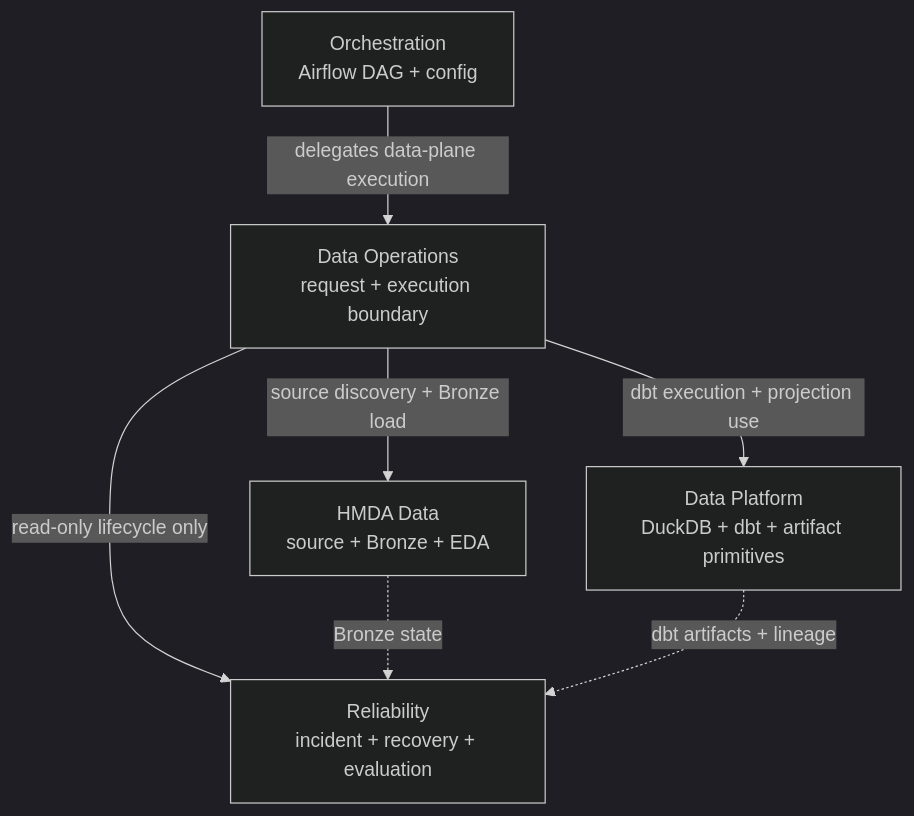
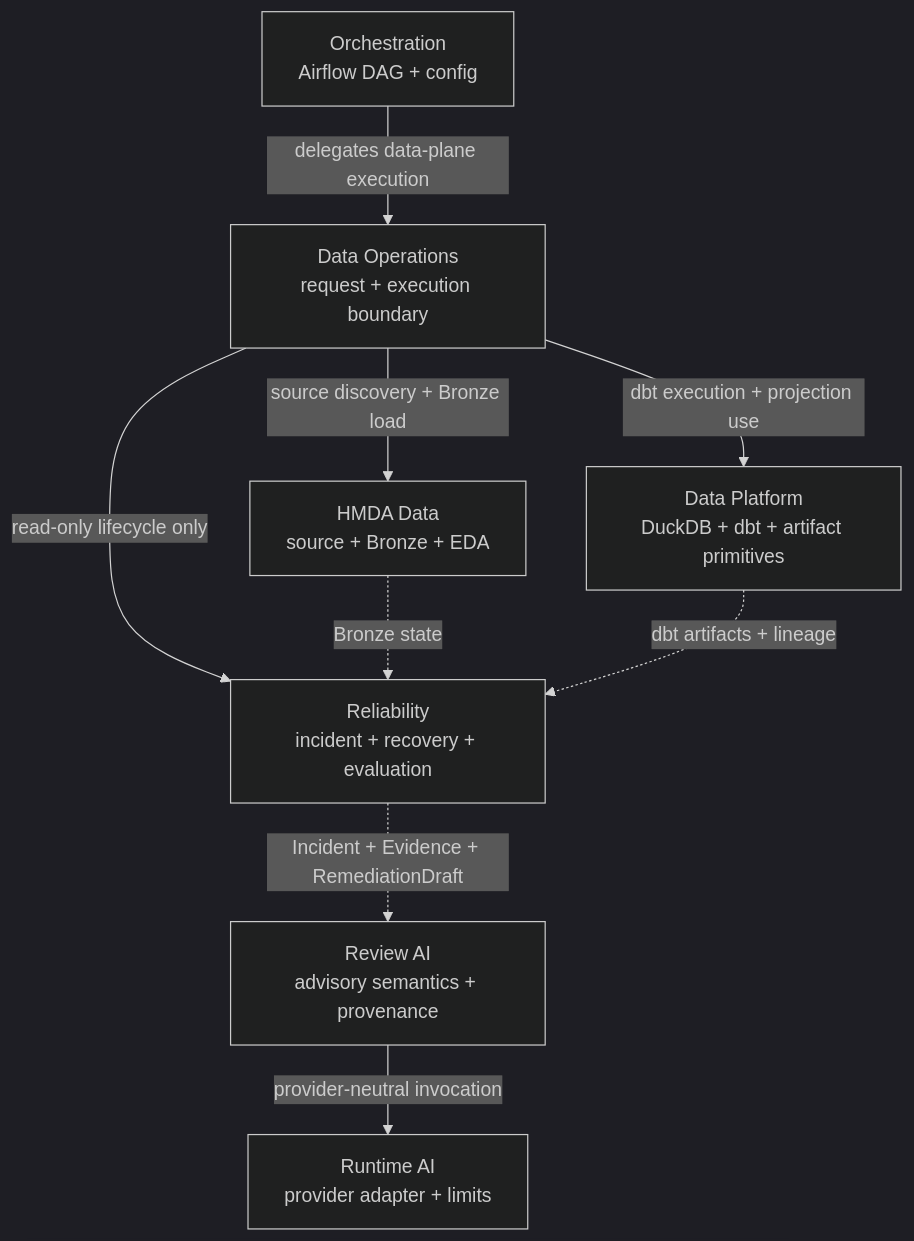
Before and after one commit to mols3131d/hmda-data-reliability: the diagram in docs/domains/OVERVIEW.md, drawn with Mermaid (dark theme). The commit also changed other lines of this file and 7 other files, not shown here.

Commit message:
docs(ai): align review and runtime ownership

````diff
--- a/docs/domains/OVERVIEW.md
+++ b/docs/domains/OVERVIEW.md
@@ -24,9 +26,11 @@
 ```mermaid
 flowchart TB
     orchestration["Orchestration<br/>Airflow DAG + config"] -->|delegates data-plane execution| operations["Data Operations<br/>request + execution boundary"]
     operations -->|source discovery + Bronze load| hmda["HMDA Data<br/>source + Bronze + EDA"]
     operations -->|dbt execution + projection use| platform["Data Platform<br/>DuckDB + dbt + artifact primitives"]
     operations -->|read-only lifecycle only| reliability["Reliability<br/>incident + recovery + evaluation"]
     hmda -.->|Bronze state| reliability
     platform -.->|dbt artifacts + lineage| reliability
+    reliability -.->|Incident + Evidence + RemediationDraft| review["Review AI<br/>advisory semantics + provenance"]
+    review -->|provider-neutral invocation| runtime["Runtime AI<br/>provider adapter + limits"]
 ```
````
